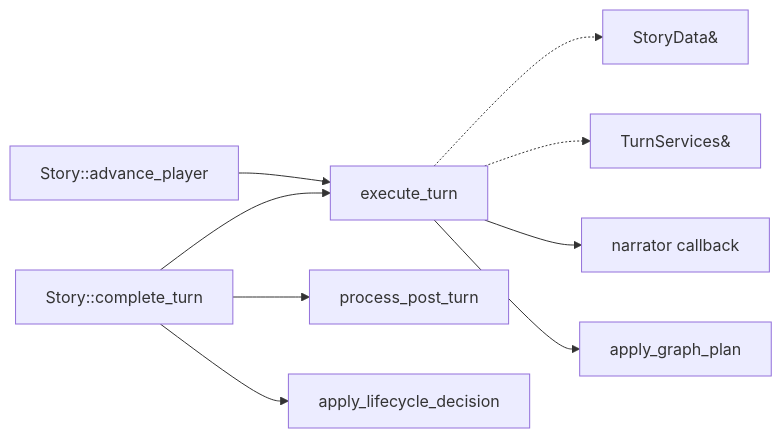
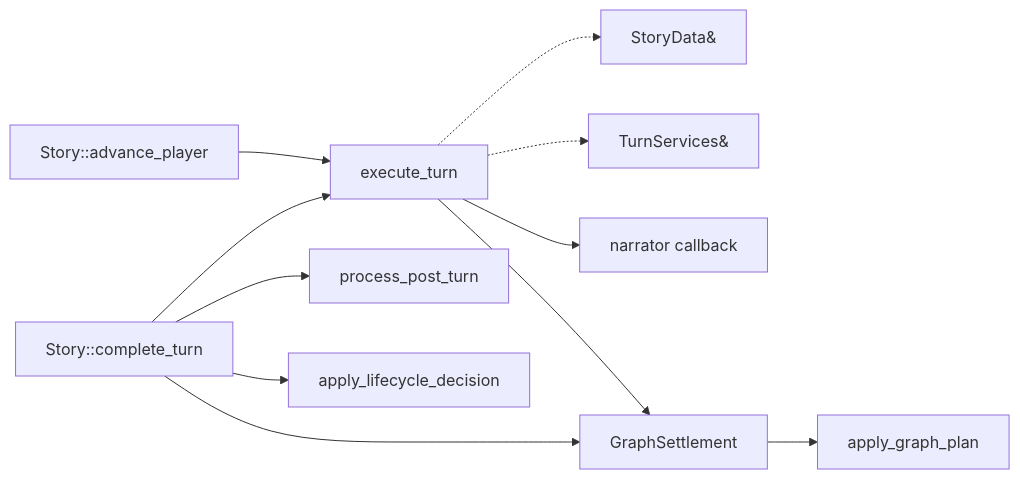
One commit to JiangWZW/Rhapsode changed the diagram in wiki/architecture/scene-loop.md. Above: the diagram before and after it, drawn with Mermaid. The commit also changed other lines of this file and 17 other files, not shown here.

````diff
--- a/wiki/architecture/scene-loop.md
+++ b/wiki/architecture/scene-loop.md
@@ -34,11 +34,13 @@
 ```mermaid
 flowchart LR
     Advance["Story::advance_player"] --> Execute["execute_turn"]
     Complete["Story::complete_turn"] --> Execute
     Execute -.-> Data["StoryData&"]
     Execute -.-> Services["TurnServices&"]
     Execute --> Narrator["narrator callback"]
-    Execute --> GraphPlan["apply_graph_plan"]
+    Execute --> Settlement["GraphSettlement"]
+    Complete --> Settlement
+    Settlement --> GraphPlan["apply_graph_plan"]
     Complete --> Post["process_post_turn"]
     Complete --> Lifecycle["apply_lifecycle_decision"]
 ```
````
